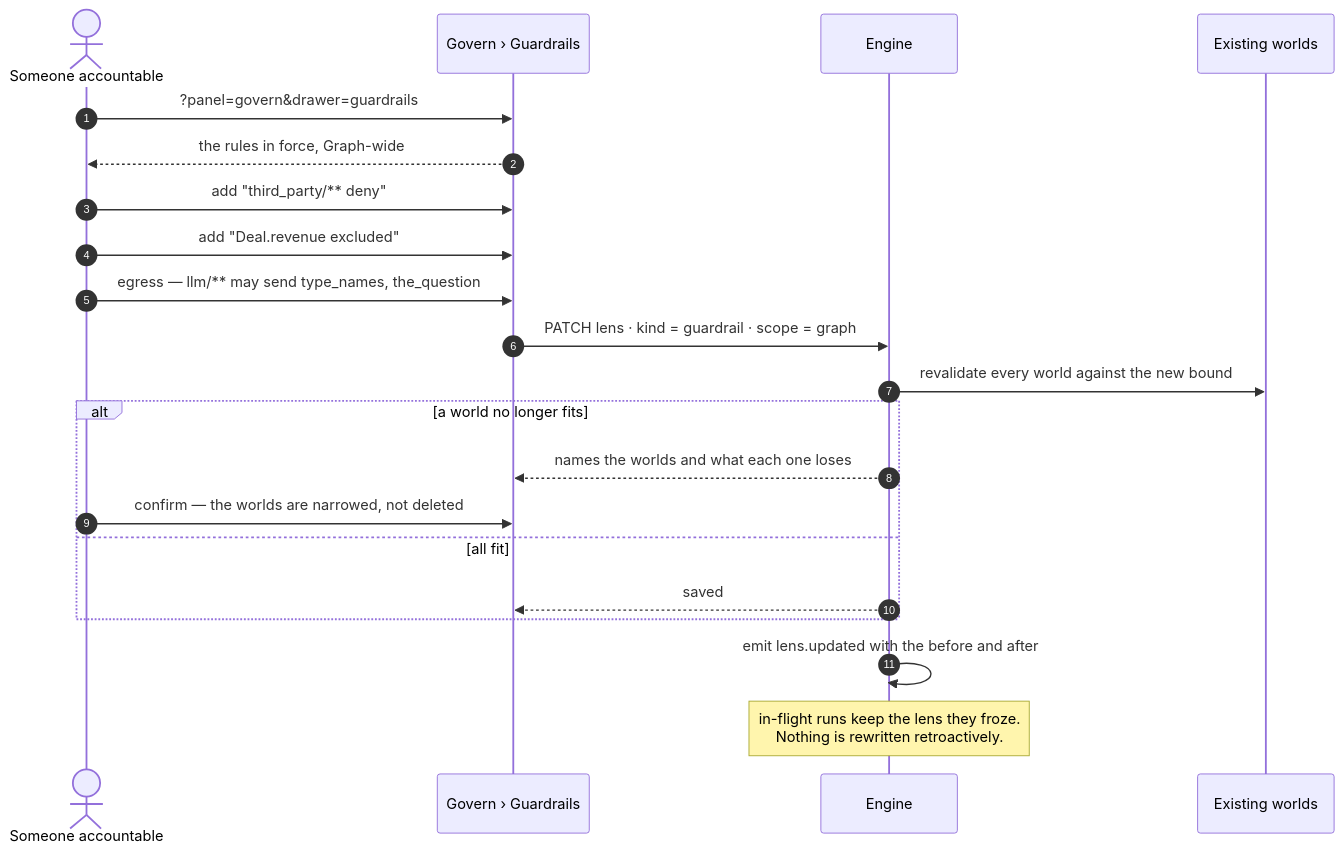
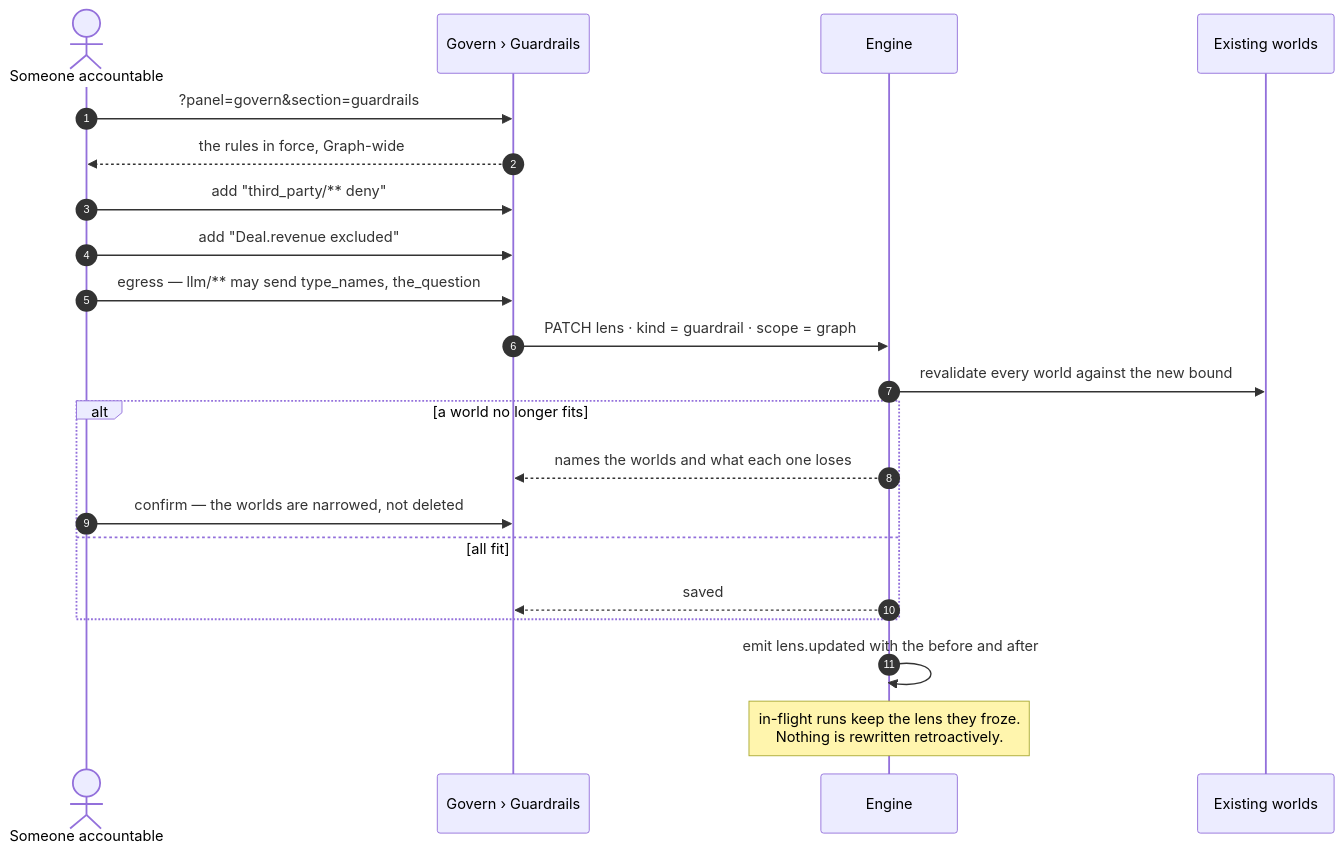
Before and after one commit to invana/invana: the first of 3 diagrams in docs/for-developers/modules/govern/features/guardrails.md, drawn with Mermaid. The commit also changed 85 other files, not shown here.

````diff
--- a/docs/for-developers/modules/govern/features/guardrails.md
+++ b/docs/for-developers/modules/govern/features/guardrails.md
@@ -36,24 +36,24 @@
 ```mermaid
 sequenceDiagram
     autonumber
     actor Ad as Someone accountable
     participant S as Govern › Guardrails
     participant E as Engine
     participant W as Existing worlds
 
-    Ad->>S: ?panel=govern&drawer=guardrails
+    Ad->>S: ?panel=govern&section=guardrails
     S-->>Ad: the rules in force, Graph-wide
     Ad->>S: add "third_party/** deny"
     Ad->>S: add "Deal.revenue excluded"
     Ad->>S: egress — llm/** may send type_names, the_question
     S->>E: PATCH lens · kind = guardrail · scope = graph
     E->>W: revalidate every world against the new bound
     alt a world no longer fits
         E-->>S: names the worlds and what each one loses
         Ad->>S: confirm — the worlds are narrowed, not deleted
     else all fit
         E-->>S: saved
     end
     E->>E: emit lens.updated with the before and after
     Note over E: in-flight runs keep the lens they froze.<br/>Nothing is rewritten retroactively.
 ```
````
